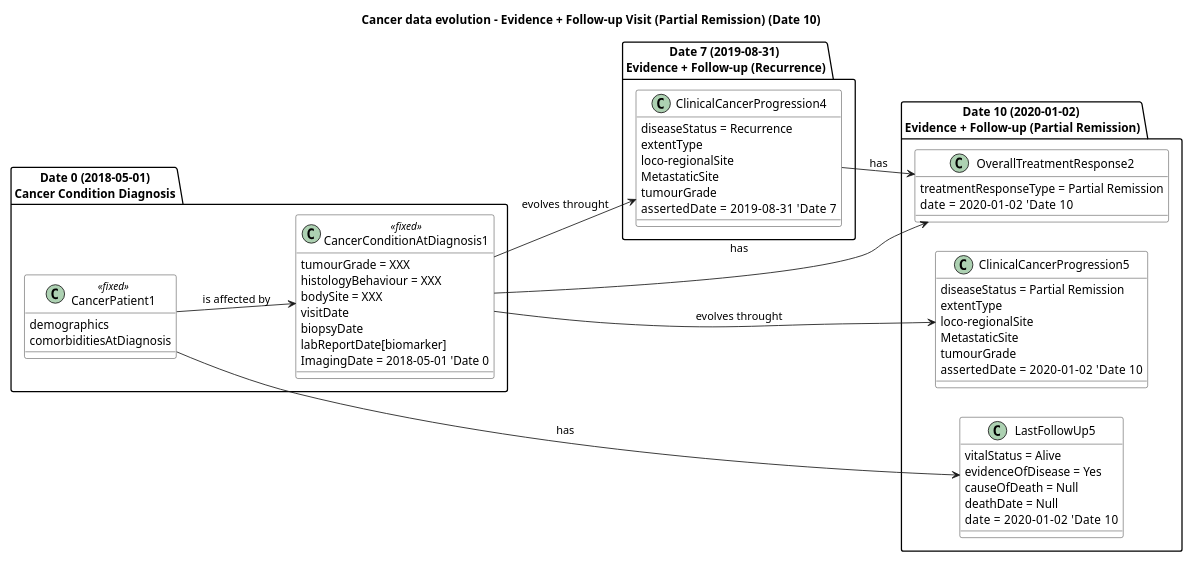
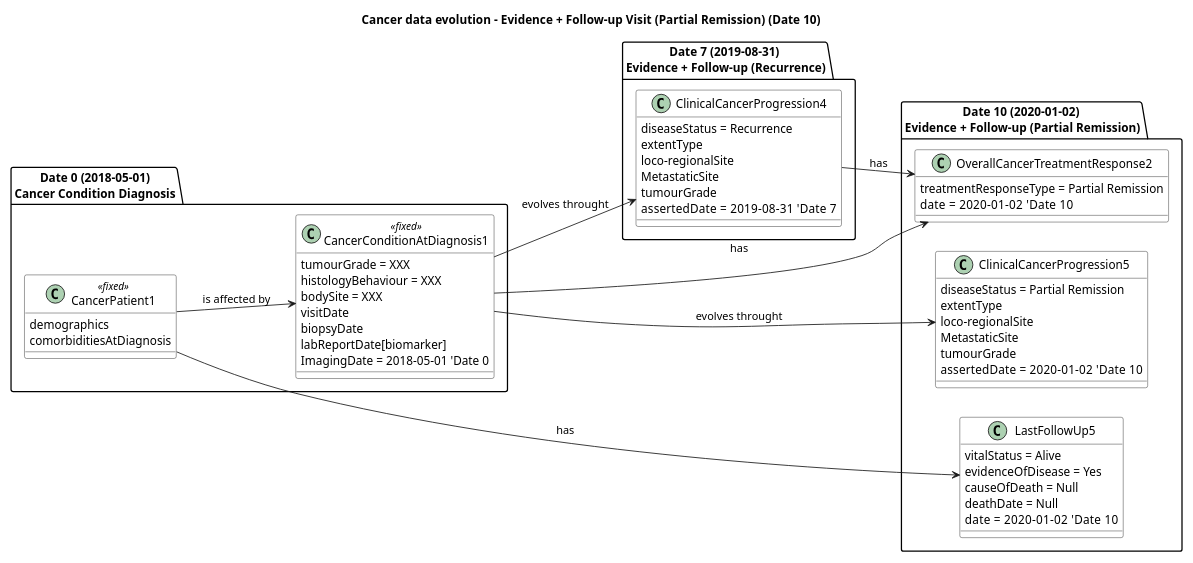
One commit to hl7-eu/cancer-common changed the diagram in input/images-source/CancerDataEvolution5.plantuml. Above: the diagram before and after it, drawn with PlantUML. The commit also changed 5 other files, not shown here.

```diff
--- a/input/images-source/CancerDataEvolution5.plantuml
+++ b/input/images-source/CancerDataEvolution5.plantuml
@@ -1,149 +1,149 @@
 @startuml
 title Cancer data evolution – Evidence + Follow-up Visit (Partial Remission) (Date 10)
 
 left to right direction
 skinparam class {
   BackgroundColor White
 }
 
 scale 0.8
 
 package "Date 0 (2018-05-01)\nCancer Condition Diagnosis" {
   class CancerPatient1 <<fixed>> {
     demographics
     comorbiditiesAtDiagnosis
   }
   
   class CancerConditionAtDiagnosis1 <<fixed>> {
    tumourGrade = XXX
     histologyBehaviour = XXX
     bodySite = XXX
     visitDate 
     biopsyDate 
     labReportDate[biomarker] 
     ImagingDate = 2018-05-01 'Date 0
   }
  
 }
 
 ' Links inside Date 0
 CancerPatient1 --> CancerConditionAtDiagnosis1 : is affected by
 
 package "Date 7 (2019-08-31) \nEvidence + Follow-up (Recurrence)" {
      class ClinicalCancerProgression4 {
       diseaseStatus = Recurrence
       extentType 
       loco-regionalSite 
       MetastaticSite 
       tumourGrade
       assertedDate = 2019-08-31   'Date 7
     }
 
  }
 
   package "Date 10 (2020-01-02) \nEvidence + Follow-up (Partial Remission)" {
     
-    class OverallTreatmentResponse2 {
+    class OverallCancerTreatmentResponse2 {
       treatmentResponseType = Partial Remission
       date = 2020-01-02   'Date 10
     }
 
     class LastFollowUp5 {
      vitalStatus = Alive
      evidenceOfDisease = Yes
      causeOfDeath = Null
      deathDate = Null
      date = 2020-01-02   'Date 10
   }
 
     class ClinicalCancerProgression5 {
       diseaseStatus = Partial Remission
       extentType 
       loco-regionalSite 
       MetastaticSite 
       tumourGrade
       assertedDate = 2020-01-02   'Date 10
     }
 
  }
 
 CancerConditionAtDiagnosis1 --> ClinicalCancerProgression4 : evolves throught
-CancerConditionAtDiagnosis1 --> OverallTreatmentResponse2 : has
-ClinicalCancerProgression4 --> OverallTreatmentResponse2 : has
+CancerConditionAtDiagnosis1 --> OverallCancerTreatmentResponse2 : has
+ClinicalCancerProgression4 --> OverallCancerTreatmentResponse2 : has
 CancerPatient1 --> LastFollowUp5 : has
 CancerConditionAtDiagnosis1 --> ClinicalCancerProgression5 : evolves throught
 
 
 /' ' =====================================================
 'Date 10 – 2020-01-02 (evidence + follow-up visit)
 ' =====================================================
 package "Date 10 (2020-01-02)\nEvidence + Follow-up Visit" {
 
   class TR2 as "Treatment Response 2" {
     treatment_response_type = Partial Remission
     based_on = latest evidence
     date = 2020-01-02
   }
 
   class CancerCondition_D10 as "Cancer Condition" {
     histology_behaviour (fixed)
     body_site (fixed)
     tumour_grade
     asserted_date = procedure date (fixed)
     base_of_diagnosis (fixed)
     imaging_type (fixed)
     biomarker_type (fixed)
     disease_status = Partial Remission
     last_check = Date 10
   }
 
   class DiseaseEvolution1 as "Disease Evolution (over time & space) 1" {
     extent_type = Recurrence
     disease_extent (sites)
     histology_behaviour
     tumour_grade
     base_of_diagnosis
     imaging_type
     biomarker_type
     genomics
     asserted_date = Date 7 (fixed)
   }
 
   class Patient_D10 as "Patient" <<fixed>> {
     demographics
     comorbidities
     life_status = Alive With Disease (AWD)
     last_check = Date 10
   }
 }
 
 
 package drugTreatment as "Drug Treatment" {
 
 ' ===========================================
 'Date 8 – 2019-09-10 (Drug treatment start)
 ' ===========================================
 package date8 as "Date 8 (2019-09-10)\nDrug Treatment Start" {
   class DrugAdministration_Start as "Drug Administration" {
     intent = definitive
     start_date = 2019-09-10
   }
 }
 
 ' ===========================================
 'Date 9 – 2019-12-16 (Drug treatment end)
 ' ===========================================
 package date9 as "Date 9 (2019-12-16)\nDrug Treatment End" {
   class DrugAdministration_End as "Drug Administration (end)" {
     intent = definitive
     end_date = 2019-12-16
   }
 }
 
 }
 
 TR2 --> drugTreatment : related to
 
 ' Relationships (as implied by the picture) '/
 
 @enduml
```
